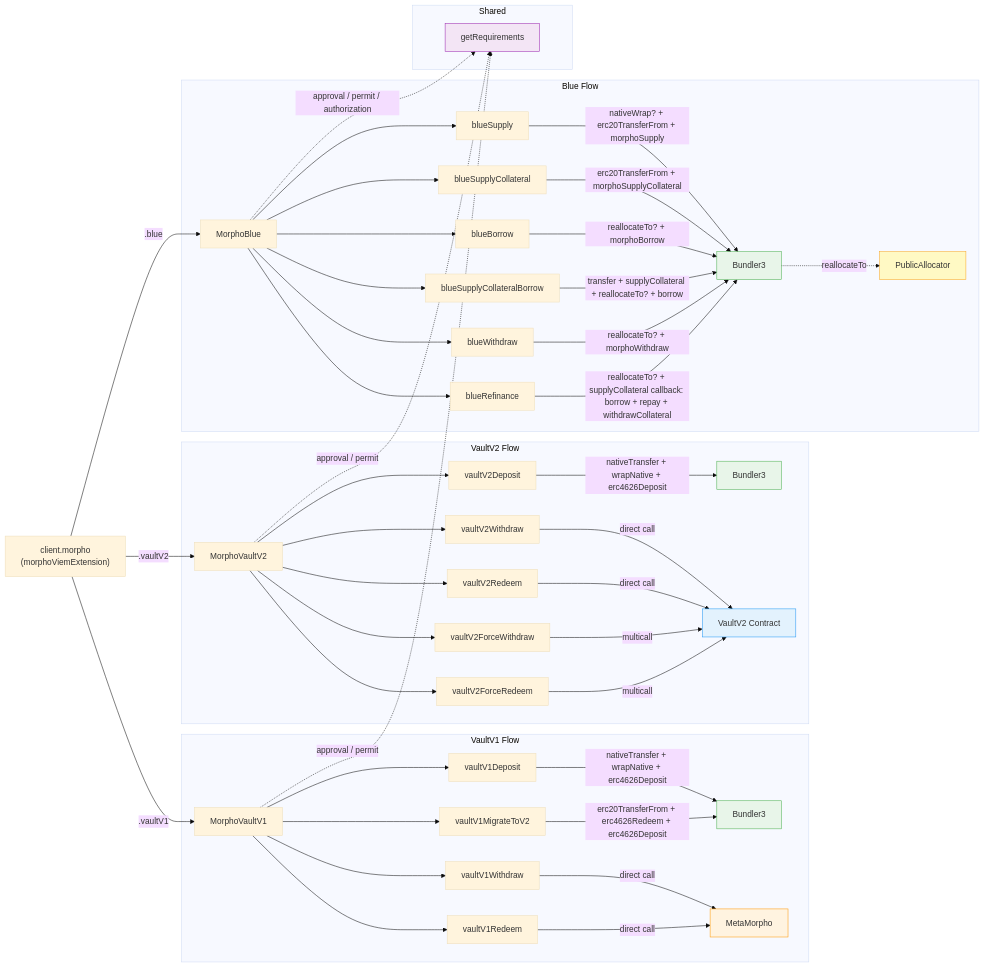
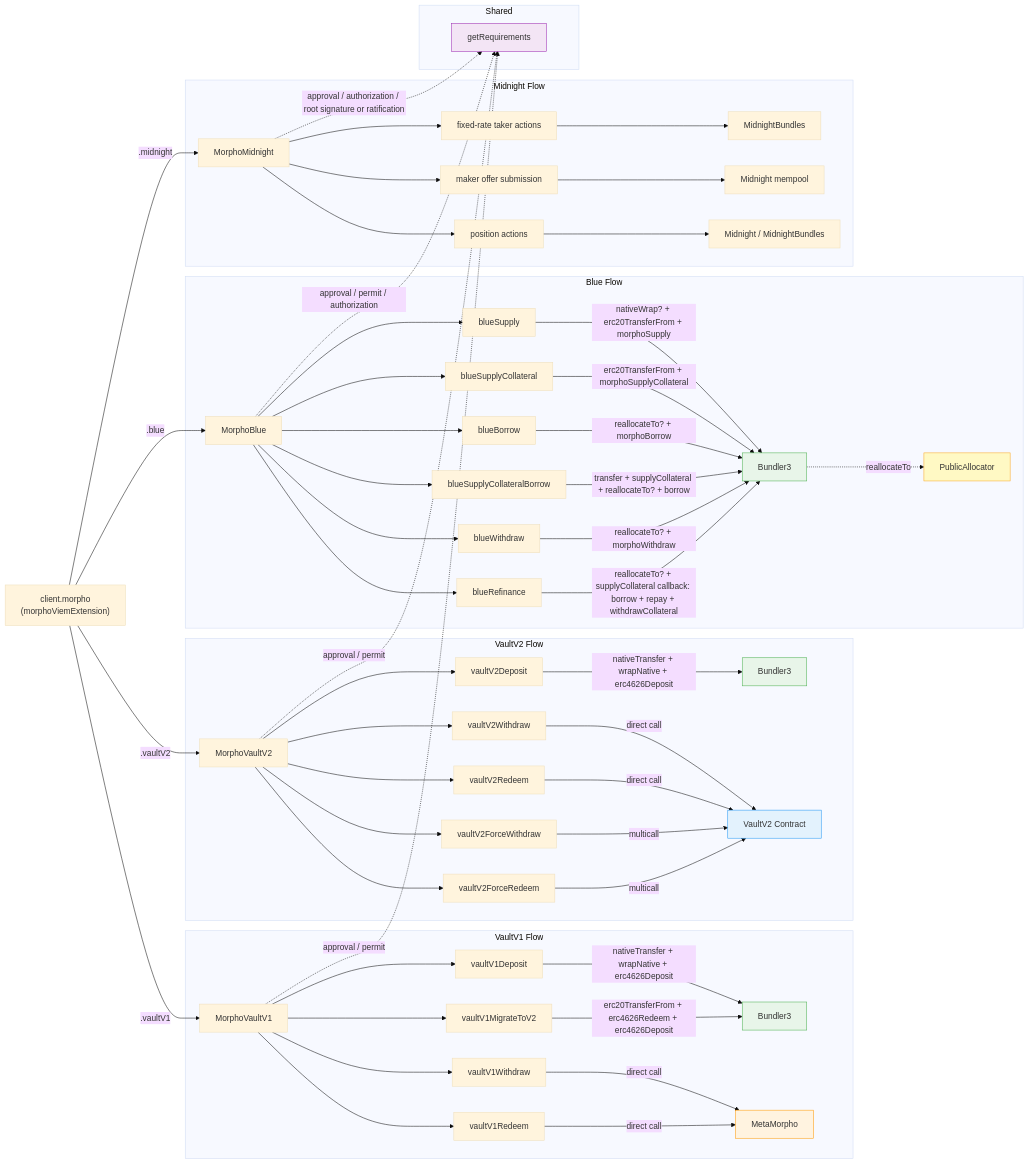
Before and after one commit to morpho-org/sdks: the diagram in packages/morpho-sdk/README.md, drawn with Mermaid (base theme). The commit also changed other lines of this file and 32 other files, not shown here.

Commit message:
fix: address Midnight action flow review

```diff
--- a/packages/morpho-sdk/README.md
+++ b/packages/morpho-sdk/README.md
@@ -522,6 +554,7 @@
     MC -->|.vaultV1| MV1
     MC -->|.vaultV2| MV2
     MC -->|.blue| MM1
+    MC -->|.midnight| MN1
 
     subgraph VaultV1 Flow
         MV1[MorphoVaultV1]
@@ -570,6 +603,16 @@
         B3 -.->|reallocateTo| PA[PublicAllocator]
     end
 
+    subgraph Midnight Flow
+        MN1[MorphoMidnight]
+        MN1 --> MNT[fixed-rate taker actions]
+        MN1 --> MNM[maker offer submission]
+        MN1 --> MNP[position actions]
+        MNT --> MNB[MidnightBundles]
+        MNM --> MNMP[Midnight mempool]
+        MNP --> MNC[Midnight / MidnightBundles]
+    end
+
 
     subgraph Shared
         REQ[getRequirements]
@@ -578,6 +621,7 @@
     MV1 -.->|approval / permit| REQ
     MV2 -.->|approval / permit| REQ
     MM1 -.->|approval / permit / authorization| REQ
+    MN1 -.->|approval / authorization / root signature or ratification| REQ
 
     style B1 fill:#e8f5e9,stroke:#4caf50
     style B2 fill:#e8f5e9,stroke:#4caf50
```
